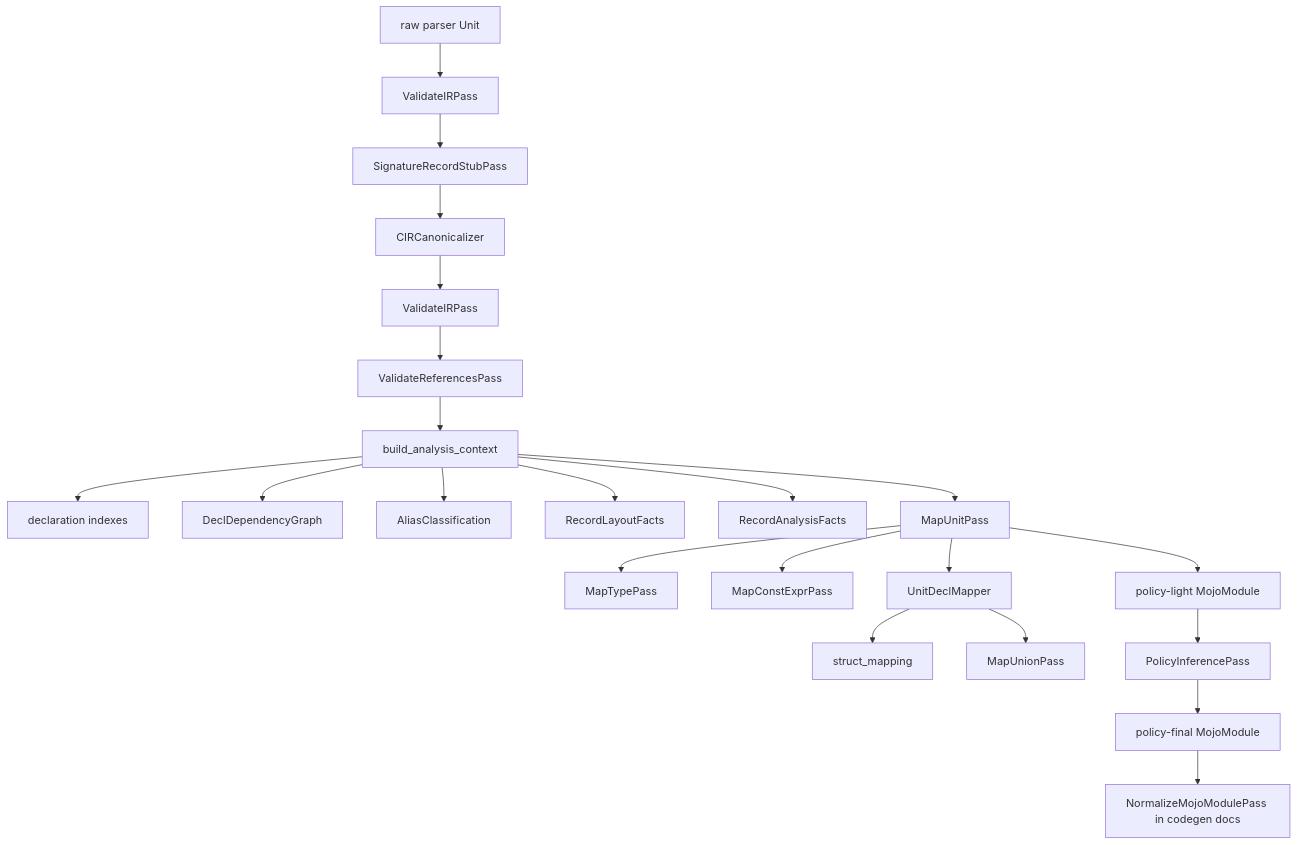
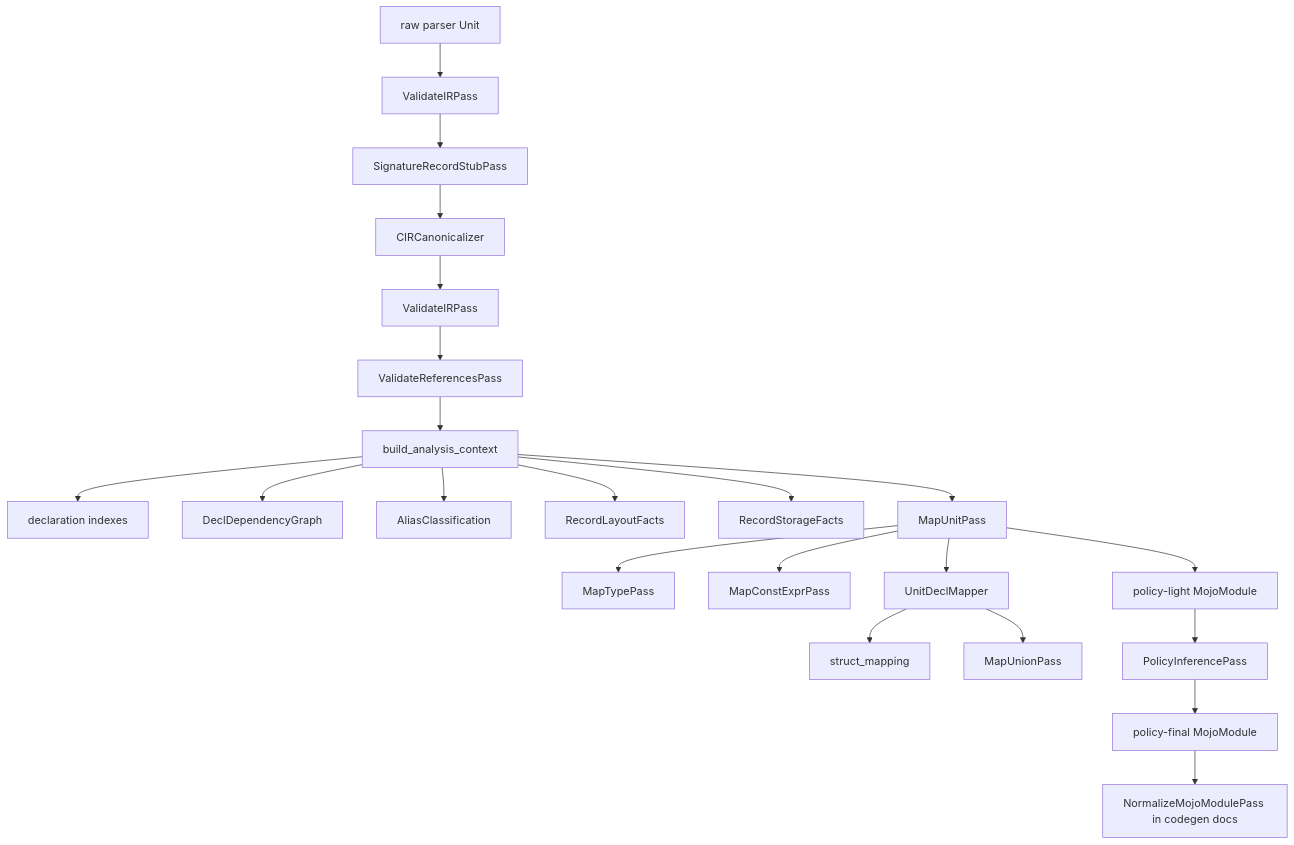
The diagram in docs/cir_passes_pipeline.md (MoSafi2/mojo_bindgen), drawn with Mermaid before and after one commit. The commit also changed other lines of this file and 10 other files, not shown here.

Commit message:
Clarify record layout and storage boundary

````diff
--- a/docs/cir_passes_pipeline.md
+++ b/docs/cir_passes_pipeline.md
@@ -14,27 +14,27 @@
 ```mermaid
 flowchart TD
     A[raw parser Unit] --> B[ValidateIRPass]
     B --> C[SignatureRecordStubPass]
     C --> D[CIRCanonicalizer]
     D --> E[ValidateIRPass]
     E --> F[ValidateReferencesPass]
     F --> G[build_analysis_context]
 
     G --> H[declaration indexes]
     G --> I[DeclDependencyGraph]
     G --> J[AliasClassification]
     G --> K[RecordLayoutFacts]
-    G --> L[RecordAnalysisFacts]
+    G --> L[RecordStorageFacts]
 
     G --> M[MapUnitPass]
     M --> N[MapTypePass]
     M --> O[MapConstExprPass]
     M --> P[UnitDeclMapper]
     P --> Q[struct_mapping]
     P --> R[MapUnionPass]
 
     M --> S[policy-light MojoModule]
     S --> T[PolicyInferencePass]
     T --> U[policy-final MojoModule]
     U --> V[NormalizeMojoModulePass in codegen docs]
 ```
````
